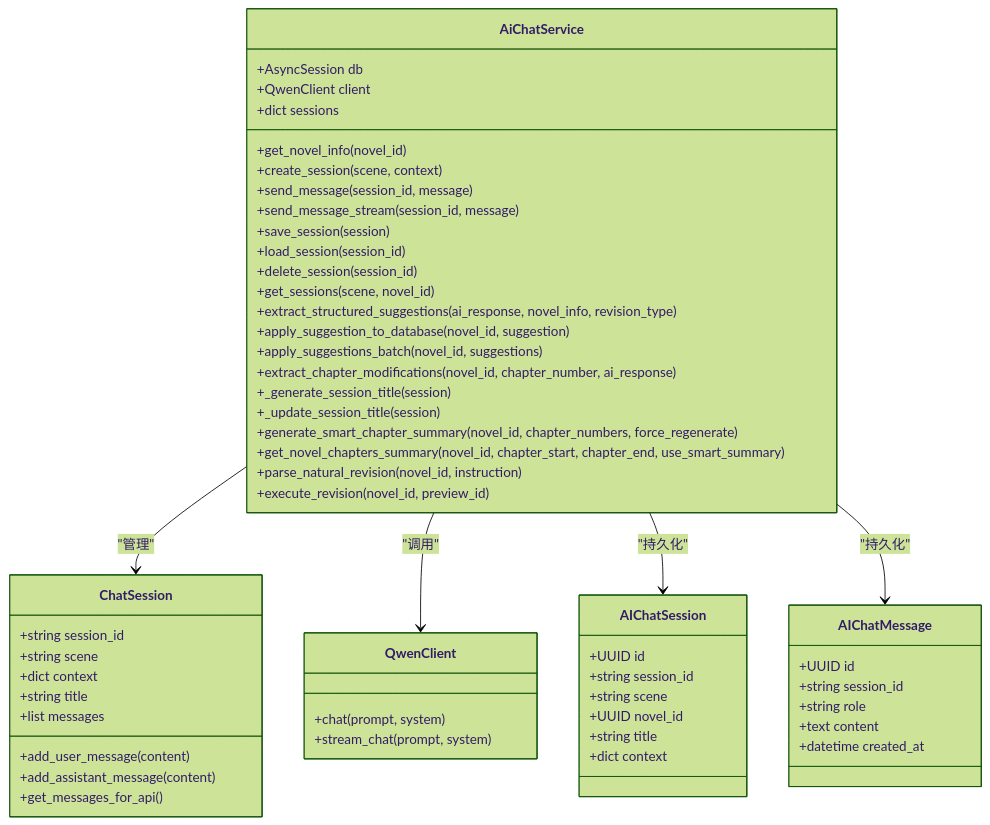
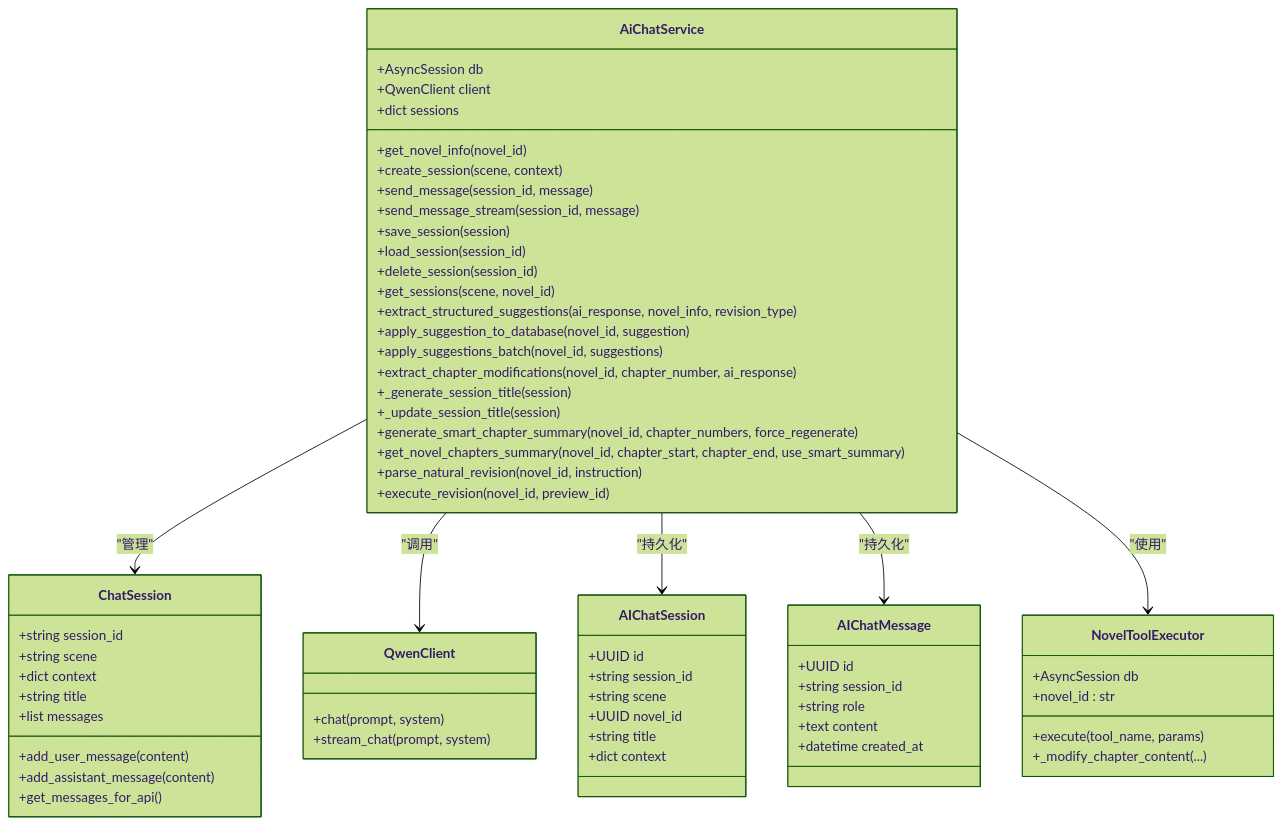
One commit to xfbyxq/ai-novel-system changed diagram 14 of 14 in .qoder/repowiki/zh/content/API接口文档/AI聊天API.md. Above: the diagram before and after it, drawn with Mermaid (forest theme). The commit also changed other lines of this file and 6 other files, not shown here.

````diff
--- a/.qoder/repowiki/zh/content/API接口文档/AI聊天API.md
+++ b/.qoder/repowiki/zh/content/API接口文档/AI聊天API.md
@@ -641,59 +667,66 @@
 ```mermaid
 classDiagram
 class ChatSession {
 +string session_id
 +string scene
 +dict context
 +string title
 +list messages
 +add_user_message(content)
 +add_assistant_message(content)
 +get_messages_for_api()
 }
 class AiChatService {
 +AsyncSession db
 +QwenClient client
 +dict sessions
 +get_novel_info(novel_id)
 +create_session(scene, context)
 +send_message(session_id, message)
 +send_message_stream(session_id, message)
 +save_session(session)
 +load_session(session_id)
 +delete_session(session_id)
 +get_sessions(scene, novel_id)
 +extract_structured_suggestions(ai_response, novel_info, revision_type)
 +apply_suggestion_to_database(novel_id, suggestion)
 +apply_suggestions_batch(novel_id, suggestions)
 +extract_chapter_modifications(novel_id, chapter_number, ai_response)
 +_generate_session_title(session)
 +_update_session_title(session)
 +generate_smart_chapter_summary(novel_id, chapter_numbers, force_regenerate)
 +get_novel_chapters_summary(novel_id, chapter_start, chapter_end, use_smart_summary)
 +parse_natural_revision(novel_id, instruction)
 +execute_revision(novel_id, preview_id)
 }
 class QwenClient {
 +chat(prompt, system)
 +stream_chat(prompt, system)
 }
 class AIChatSession {
 +UUID id
 +string session_id
 +string scene
 +UUID novel_id
 +string title
 +dict context
 }
 class AIChatMessage {
 +UUID id
 +string session_id
 +string role
 +text content
 +datetime created_at
 }
+class NovelToolExecutor {
++AsyncSession db
++novel_id : str
++execute(tool_name, params)
++_modify_chapter_content(...)
+}
 AiChatService --> ChatSession : "管理"
 AiChatService --> QwenClient : "调用"
 AiChatService --> AIChatSession : "持久化"
 AiChatService --> AIChatMessage : "持久化"
+AiChatService --> NovelToolExecutor : "使用"
 ```
````
